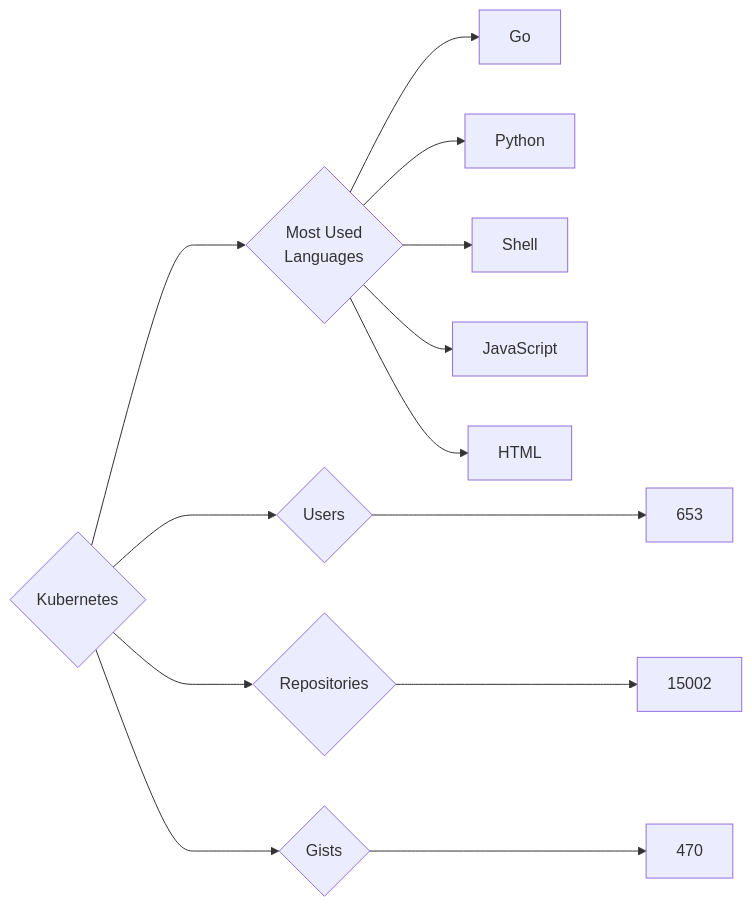
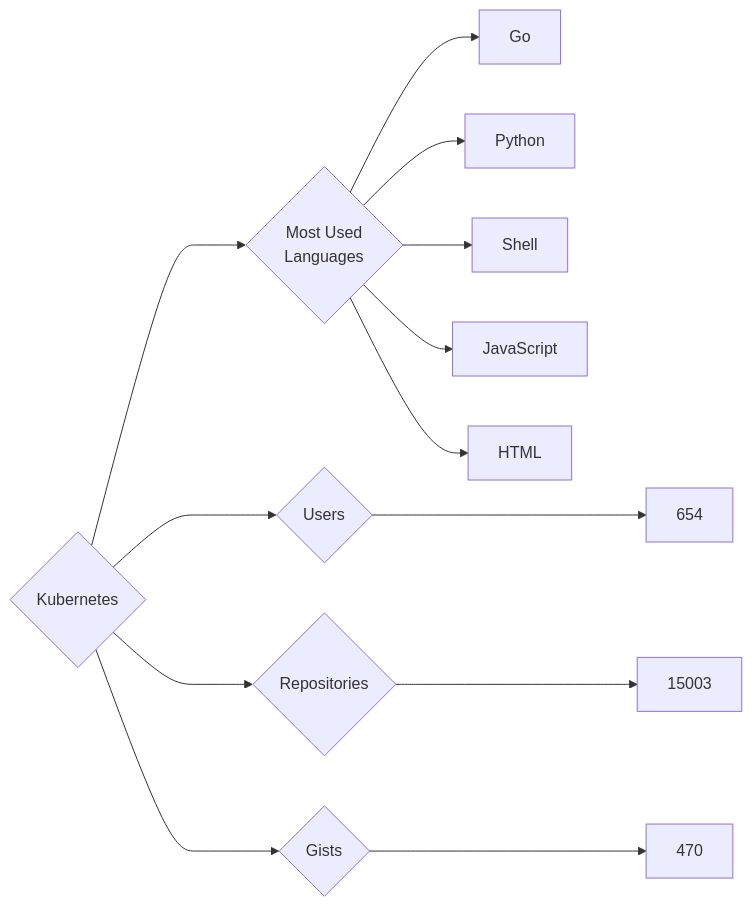
The diagram in targets/Kubernetes/README.md (trickest/insiders), drawn with Mermaid before and after one commit. The commit also changed 894 other files, not shown here.

````diff
--- a/targets/Kubernetes/README.md
+++ b/targets/Kubernetes/README.md
@@ -3,13 +3,13 @@
 ```mermaid
 graph LR
 COMPANY_NAME{Kubernetes}
-COMPANY_NAME ---> U{Users} ---> UN[653]
-COMPANY_NAME ---> R{Repositories} ---> RN[15002]
+COMPANY_NAME ---> U{Users} ---> UN[654]
+COMPANY_NAME ---> R{Repositories} ---> RN[15003]
 COMPANY_NAME ---> G{Gists} ---> GN[470]
 COMPANY_NAME ---> ML{Most Used<br>Languages}
 ML --> Go[Go]
 ML --> Python[Python]
 ML --> Shell[Shell]
 ML --> JavaScript[JavaScript]
 ML --> HTML[HTML]
 ```
````
